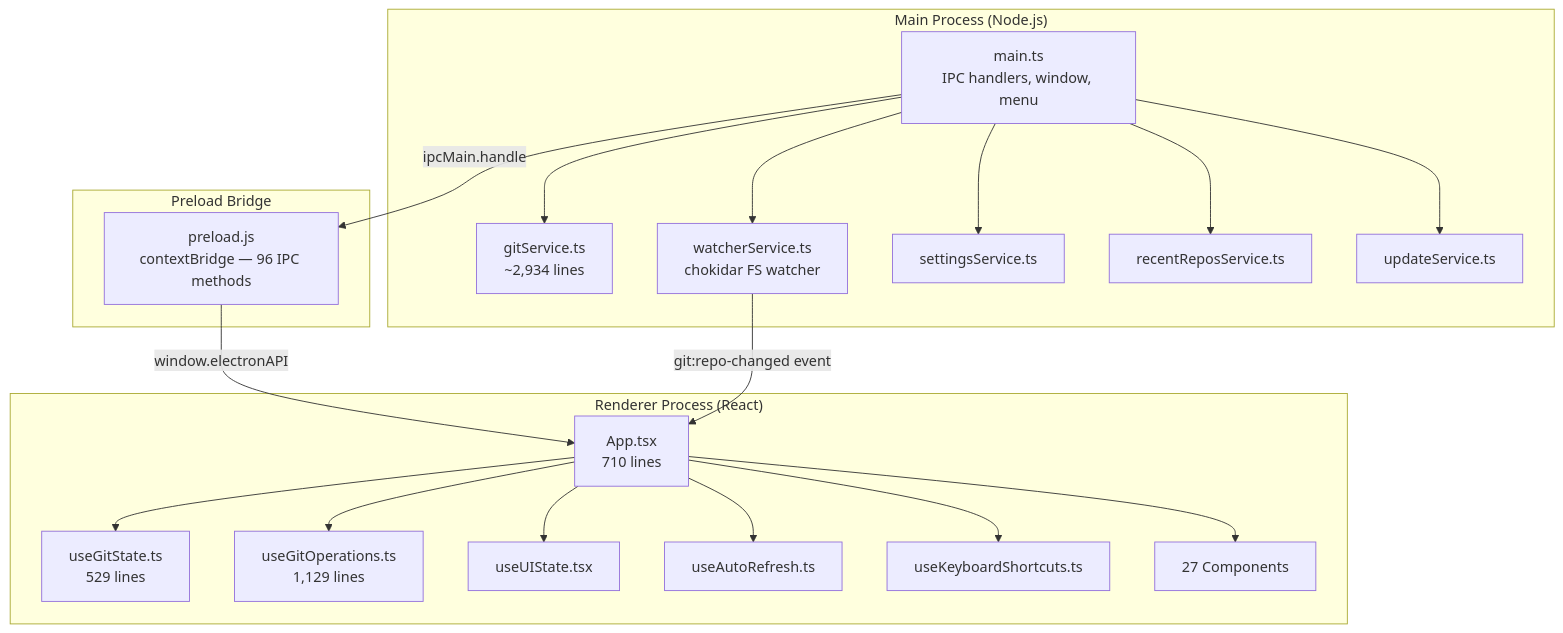
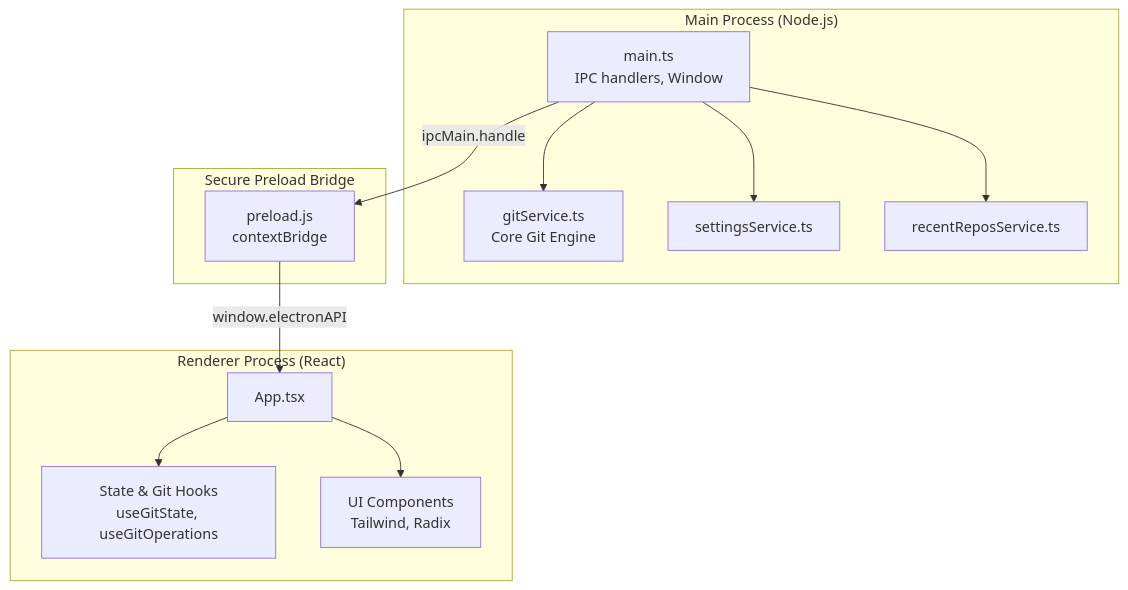
One commit to 0HenrikAndersson0/Gitzen changed the diagram in docs/PROJECT_OVERVIEW.md. Above: the diagram before and after it, drawn with Mermaid. The commit also changed other lines of this file and 3 other files, not shown here.

````diff
--- a/docs/PROJECT_OVERVIEW.md
+++ b/docs/PROJECT_OVERVIEW.md
@@ -11,27 +21,20 @@
 ```mermaid
 graph TB
     subgraph "Main Process (Node.js)"
-        M[main.ts<br/>IPC handlers, window, menu] --> GS[gitService.ts<br/>~2,934 lines]
-        M --> WS[watcherService.ts<br/>chokidar FS watcher]
+        M[main.ts<br/>IPC handlers, Window] --> GS[gitService.ts<br/>Core Git Engine]
         M --> SS[settingsService.ts]
         M --> RR[recentReposService.ts]
-        M --> US[updateService.ts]
     end
 
-    subgraph "Preload Bridge"
-        P[preload.js<br/>contextBridge — 96 IPC methods]
+    subgraph "Secure Preload Bridge"
+        P[preload.js<br/>contextBridge]
     end
 
     subgraph "Renderer Process (React)"
-        A[App.tsx<br/>710 lines] --> UGS[useGitState.ts<br/>529 lines]
-        A --> UGO[useGitOperations.ts<br/>1,129 lines]
-        A --> UUI[useUIState.tsx]
-        A --> UAR[useAutoRefresh.ts]
-        A --> UKS[useKeyboardShortcuts.ts]
-        A --> C[27 Components]
+        A[App.tsx] --> Hooks[State & Git Hooks<br/>useGitState, useGitOperations]
+        A --> UI[UI Components<br/>Tailwind, Radix]
     end
 
+    M -- "ipcMain.handle" --> P
     P -- "window.electronAPI" --> A
-    M -- "ipcMain.handle" --> P
-    WS -- "git:repo-changed event" --> A
 ```
````
